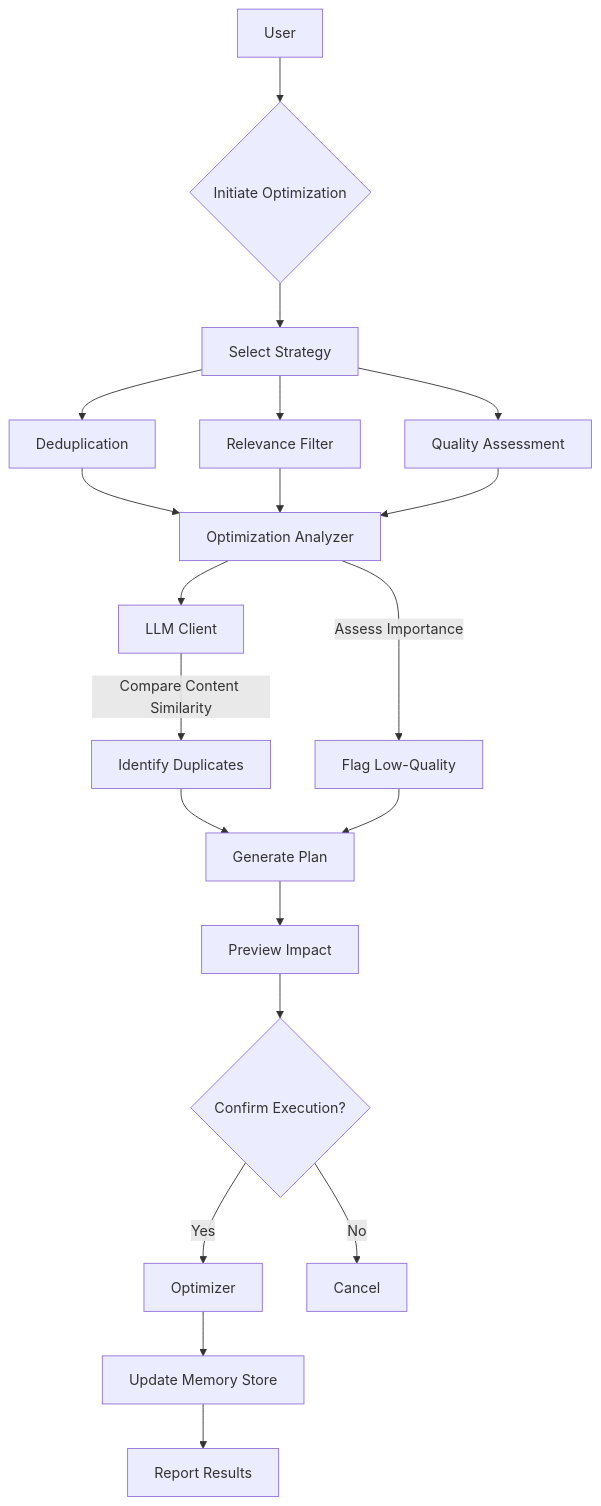
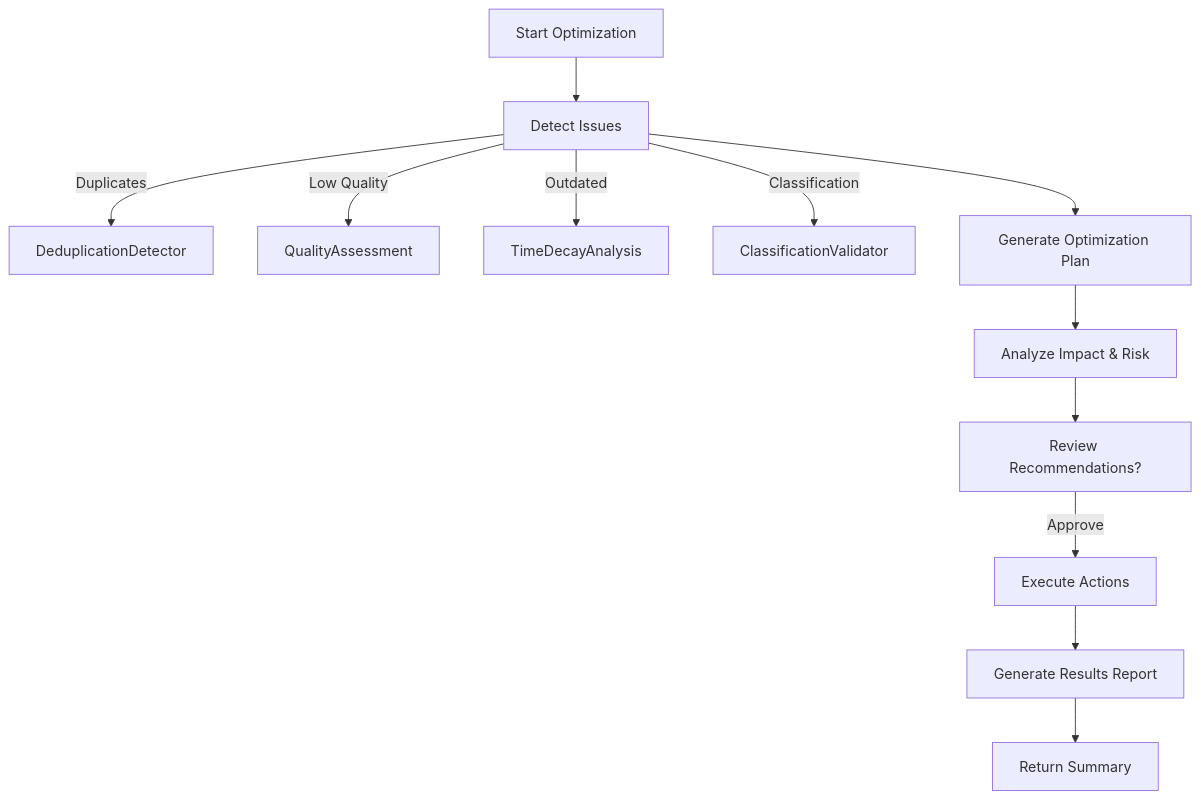
One commit to sopaco/cortex-mem changed the sixth of 7 diagrams in litho.docs/2.Architecture.md. Above: the diagram before and after it, drawn with Mermaid. The commit also changed other lines of this file and 14 other files, not shown here.

````diff
--- a/litho.docs/2.Architecture.md
+++ b/litho.docs/2.Architecture.md
@@ -450,22 +403,15 @@
 ```mermaid
 flowchart TD
-    A[User] --> B{Initiate Optimization}
-    B --> C[Select Strategy]
-    C --> D[Deduplication]
-    C --> E[Relevance Filter]
-    C --> F[Quality Assessment]
-    D --> G[Optimization Analyzer]
-    E --> G
-    F --> G
-    G --> H[LLM Client]
-    H -->|Compare Content Similarity| I[Identify Duplicates]
-    G -->|Assess Importance| J[Flag Low-Quality]
-    I --> K[Generate Plan]
-    J --> K
-    K --> L[Preview Impact]
-    L --> M{Confirm Execution?}
-    M -->|Yes| N[Optimizer]
-    M -->|No| O[Cancel]
-    N --> P[Update Memory Store]
-    P --> Q[Report Results]
+    Start[Start Optimization] --> Detector[Detect Issues]
+    Detector -->|Duplicates| Deduplicator[DeduplicationDetector]
+    Detector -->|Low Quality| QualityChecker[QualityAssessment]
+    Detector -->|Outdated| TimeAnalyzer[TimeDecayAnalysis]
+    Detector -->|Classification| Classifier[ClassificationValidator]
+    
+    Detector --> Planner[Generate Optimization Plan]
+    Planner --> Analyzer[Analyze Impact & Risk]
+    Analyzer --> User[Review Recommendations?]
+    User -->|Approve| Executor[Execute Actions]
+    Executor --> Reporter[Generate Results Report]
+    Reporter --> End[Return Summary]
 ```
````
